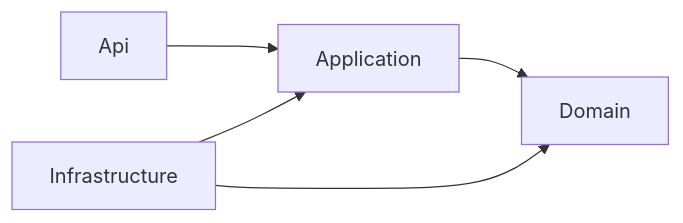
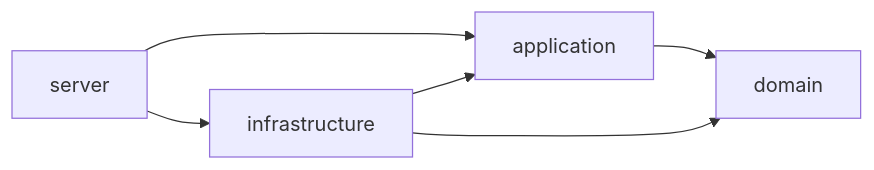
Before and after one commit to HuseyinEmreTech/kampus-bildirim-sistemi: the third of 3 diagrams in README.md, drawn with Mermaid. The commit also changed other lines of this file and 1 other file, not shown here.

````diff
--- a/README.md
+++ b/README.md
@@ -118,7 +163,8 @@
 ```mermaid
 flowchart LR
-    Api --> Application
-    Infrastructure --> Application
-    Application --> Domain
-    Infrastructure --> Domain
+    server --> application
+    server --> infrastructure
+    infrastructure --> application
+    application --> domain
+    infrastructure --> domain
 ```
````
